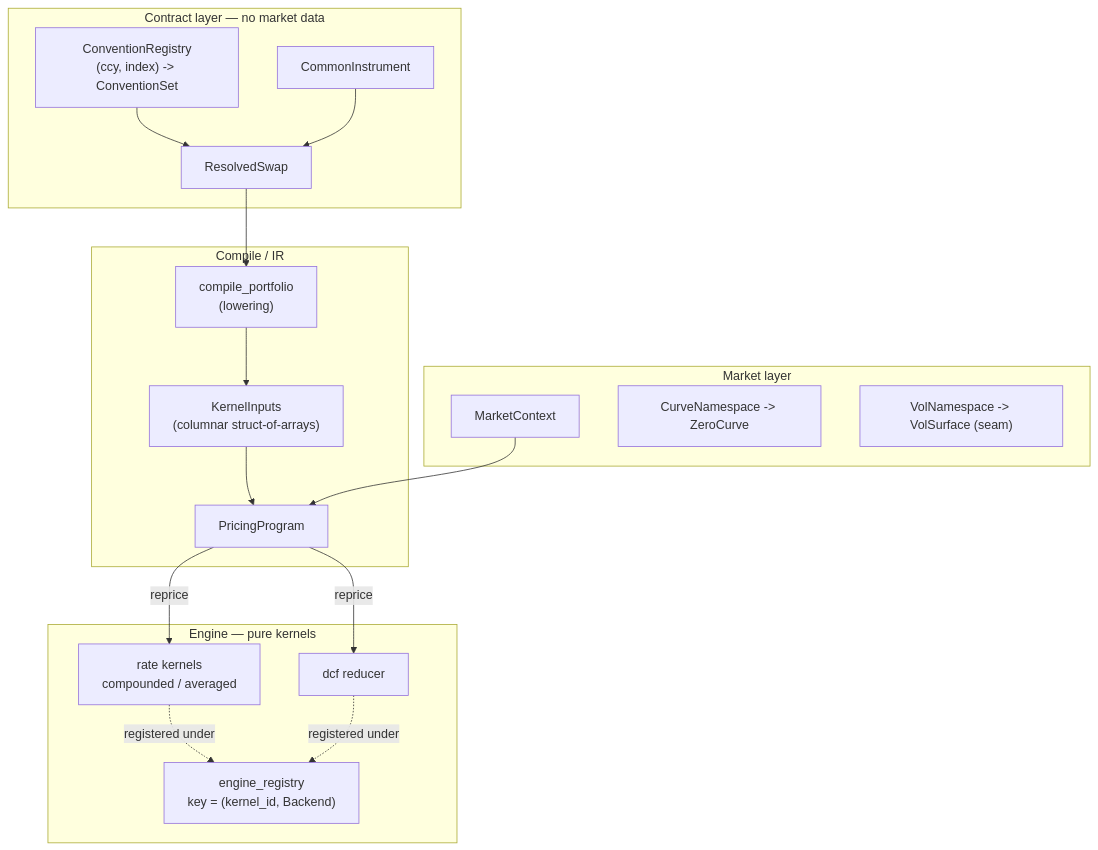
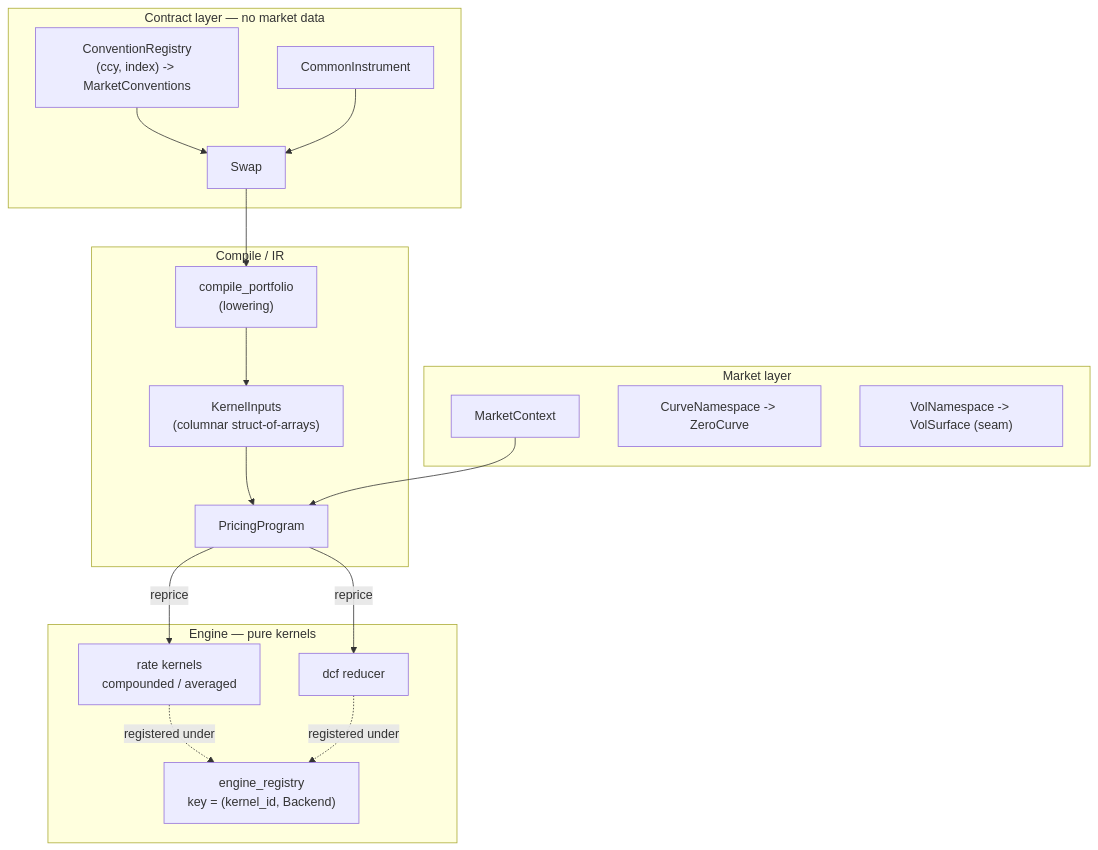
One commit to rudetastic13/quant-toolkit changed the second of 4 diagrams in docs/pricing_architecture.md. Above: the diagram before and after it, drawn with Mermaid. The commit also changed other lines of this file and 26 other files, not shown here.

First line of the commit message:
rework conventions into index/leg/product model and builder classmethods

````diff
--- a/docs/pricing_architecture.md
+++ b/docs/pricing_architecture.md
@@ -84,32 +84,32 @@
 ```mermaid
 flowchart TB
     subgraph CONTRACT["Contract layer — no market data"]
-        CONV["ConventionRegistry<br/>(ccy, index) -> ConventionSet"]
+        CONV["ConventionRegistry<br/>(ccy, index) -> MarketConventions"]
         CI["CommonInstrument"]
-        RS2["ResolvedSwap"]
+        RS2["Swap"]
     end
     subgraph MARKET["Market layer"]
         MC["MarketContext"]
         CN["CurveNamespace -> ZeroCurve"]
         VN["VolNamespace -> VolSurface (seam)"]
     end
     subgraph COMPILE["Compile / IR"]
         CMP["compile_portfolio<br/>(lowering)"]
         KI["KernelInputs<br/>(columnar struct-of-arrays)"]
         PP2["PricingProgram"]
     end
     subgraph ENGINE["Engine — pure kernels"]
         REG["engine_registry<br/>key = (kernel_id, Backend)"]
         RK["rate kernels<br/>compounded / averaged"]
         DCF["dcf reducer"]
     end
 
     CONV --> RS2
     CI --> RS2
     RS2 --> CMP --> KI --> PP2
     MC --> PP2
     PP2 -- "reprice" --> RK
     PP2 -- "reprice" --> DCF
     RK -. "registered under" .-> REG
     DCF -. "registered under" .-> REG
 ```
````
